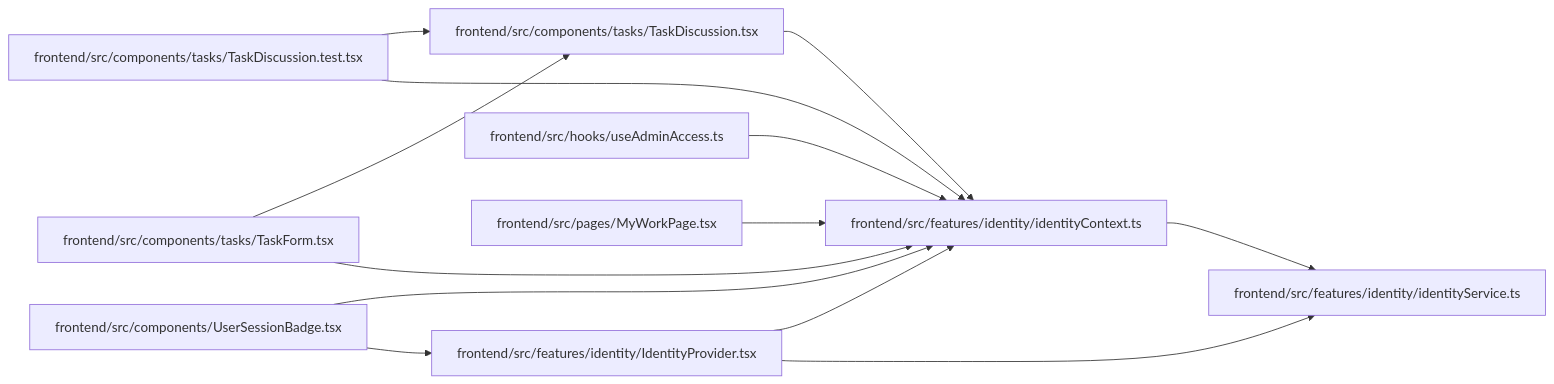
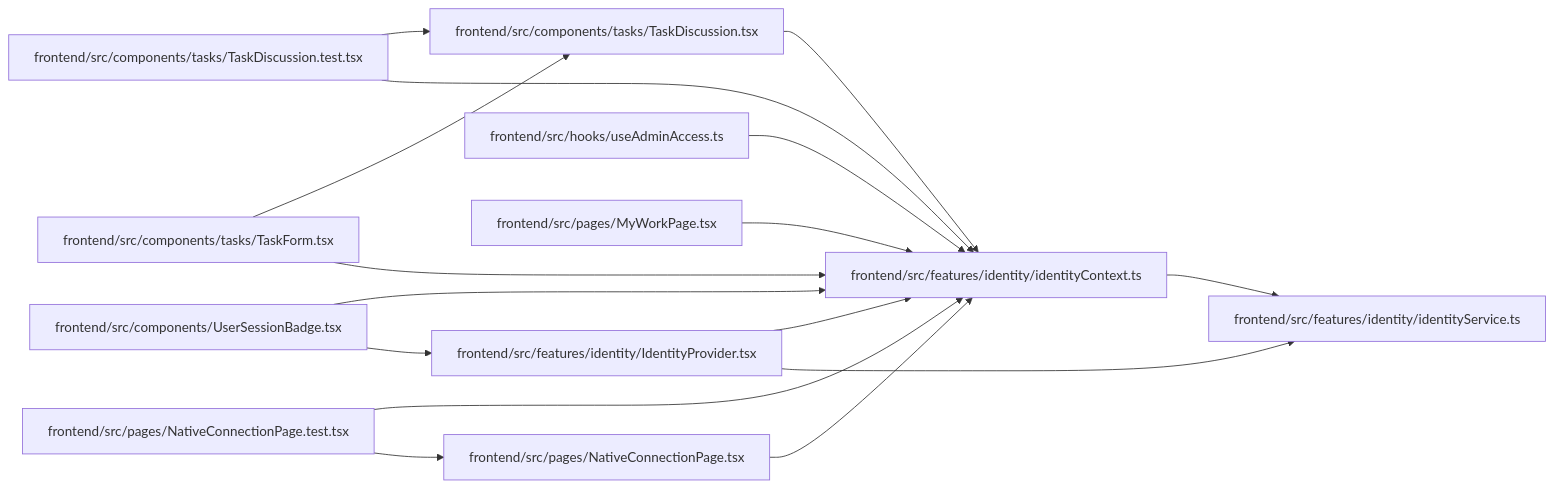
One commit to Denissvgn/WorkChord changed the diagram in docs/llm_wiki/modules/identityContext.md. Above: the diagram before and after it, drawn with Mermaid. The commit also changed other lines of this file and 6624 other files, not shown here.

````diff
--- a/docs/llm_wiki/modules/identityContext.md
+++ b/docs/llm_wiki/modules/identityContext.md
@@ -27,33 +27,40 @@
 ```mermaid
 flowchart LR
     n0["frontend/src/components/tasks/TaskDiscussion.test.tsx"]
     n1["frontend/src/components/tasks/TaskDiscussion.tsx"]
     n2["frontend/src/components/tasks/TaskForm.tsx"]
     n3["frontend/src/components/UserSessionBadge.tsx"]
     n4["frontend/src/features/identity/identityContext.ts"]
     n5["frontend/src/features/identity/IdentityProvider.tsx"]
     n6["frontend/src/features/identity/identityService.ts"]
     n7["frontend/src/hooks/useAdminAccess.ts"]
     n8["frontend/src/pages/MyWorkPage.tsx"]
+    n9["frontend/src/pages/NativeConnectionPage.test.tsx"]
+    n10["frontend/src/pages/NativeConnectionPage.tsx"]
     n0 --> n1
     n0 --> n4
     n1 --> n4
     n2 --> n1
     n2 --> n4
     n3 --> n4
     n3 --> n5
     n4 --> n6
     n5 --> n4
     n5 --> n6
     n7 --> n4
     n8 --> n4
+    n9 --> n4
+    n9 --> n10
+    n10 --> n4
     click n0 "../modules/TaskDiscussion.test.md"
     click n1 "../modules/TaskDiscussion.md"
     click n2 "../modules/TaskForm.md"
     click n3 "../modules/UserSessionBadge.md"
     click n4 "../modules/identityContext.md"
     click n5 "../modules/IdentityProvider.md"
     click n6 "../modules/identityService.md"
     click n7 "../modules/useAdminAccess.md"
     click n8 "../modules/MyWorkPage.md"
+    click n9 "../modules/NativeConnectionPage.test.md"
+    click n10 "../modules/NativeConnectionPage.md"
 ```
````
